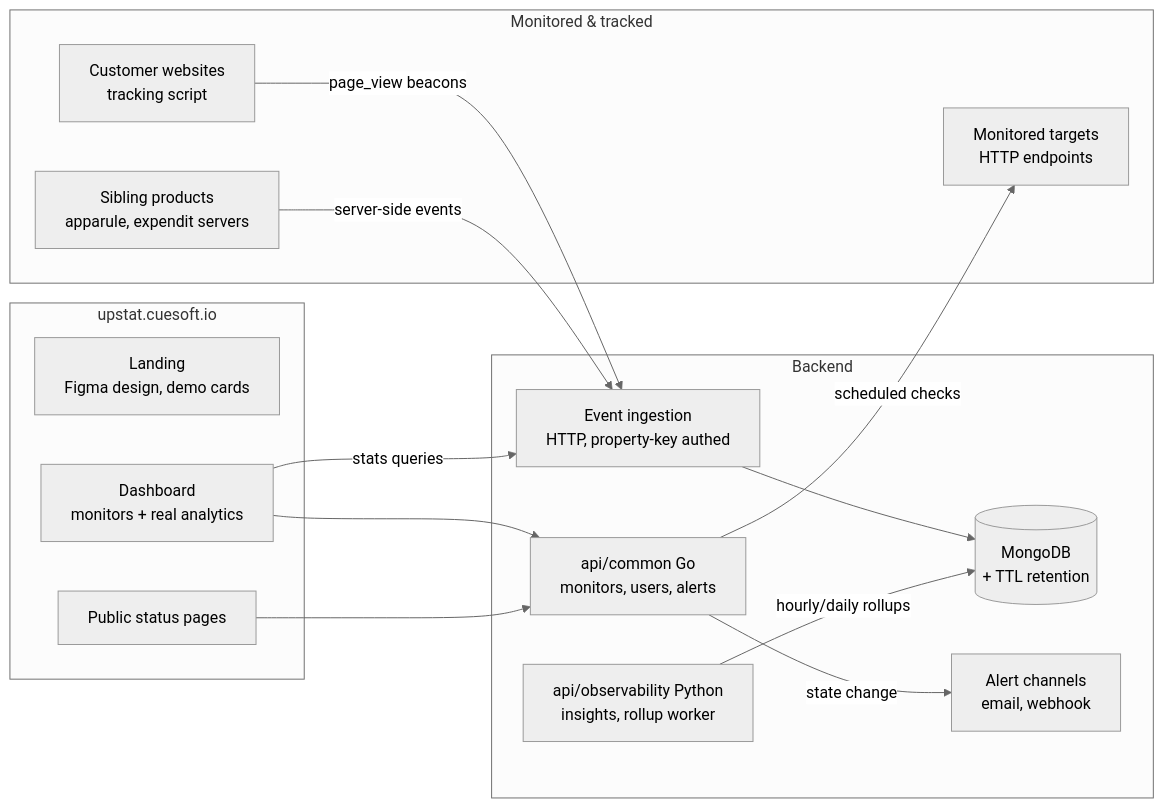
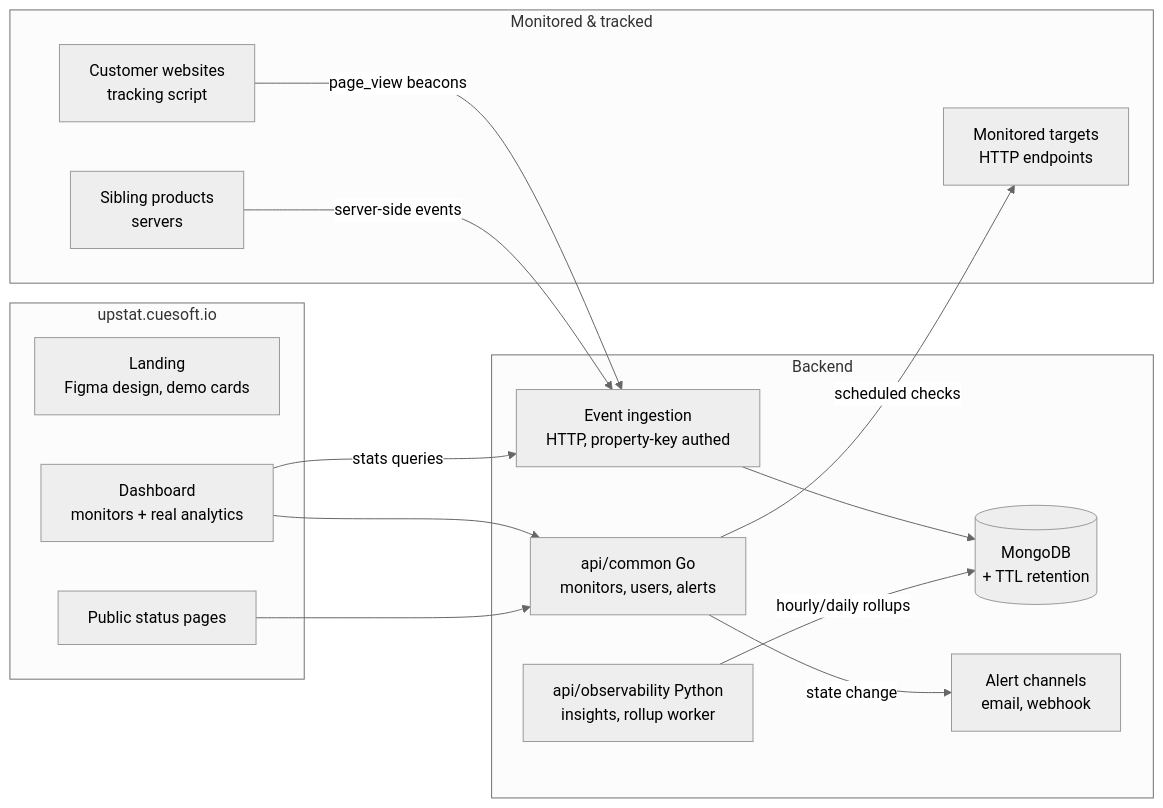
The second of 6 diagrams in docs/architecture.md (cuesoftinc/upstat), drawn with Mermaid (neutral theme) before and after one commit. The commit also changed other lines of this file and 17 other files, not shown here.

````diff
--- a/docs/architecture.md
+++ b/docs/architecture.md
@@ -67,32 +67,32 @@
 ```mermaid
 flowchart LR
     subgraph Monitored & tracked
         SITE[Customer websites<br/>tracking script]
-        SIB[Sibling products<br/>apparule, expendit servers]
+        SIB[Sibling products<br/>servers]
         TGT[Monitored targets<br/>HTTP endpoints]
     end
 
     subgraph upstat.cuesoft.io
         LAND[Landing<br/>Figma design, demo cards]
         DASH[Dashboard<br/>monitors + real analytics]
         STATUS[Public status pages]
     end
 
     subgraph Backend
         ING[Event ingestion<br/>HTTP, property-key authed]
         GO[api/common Go<br/>monitors, users, alerts]
         OBS[api/observability Python<br/>insights, rollup worker]
         MG[(MongoDB<br/>+ TTL retention)]
         CH[Alert channels<br/>email, webhook]
     end
 
     SITE -->|page_view beacons| ING
     SIB -->|server-side events| ING
     GO -->|scheduled checks| TGT
     ING --> MG
     OBS -->|hourly/daily rollups| MG
     GO -->|state change| CH
     DASH --> GO
     DASH -->|stats queries| ING
     STATUS --> GO
 ```
````
